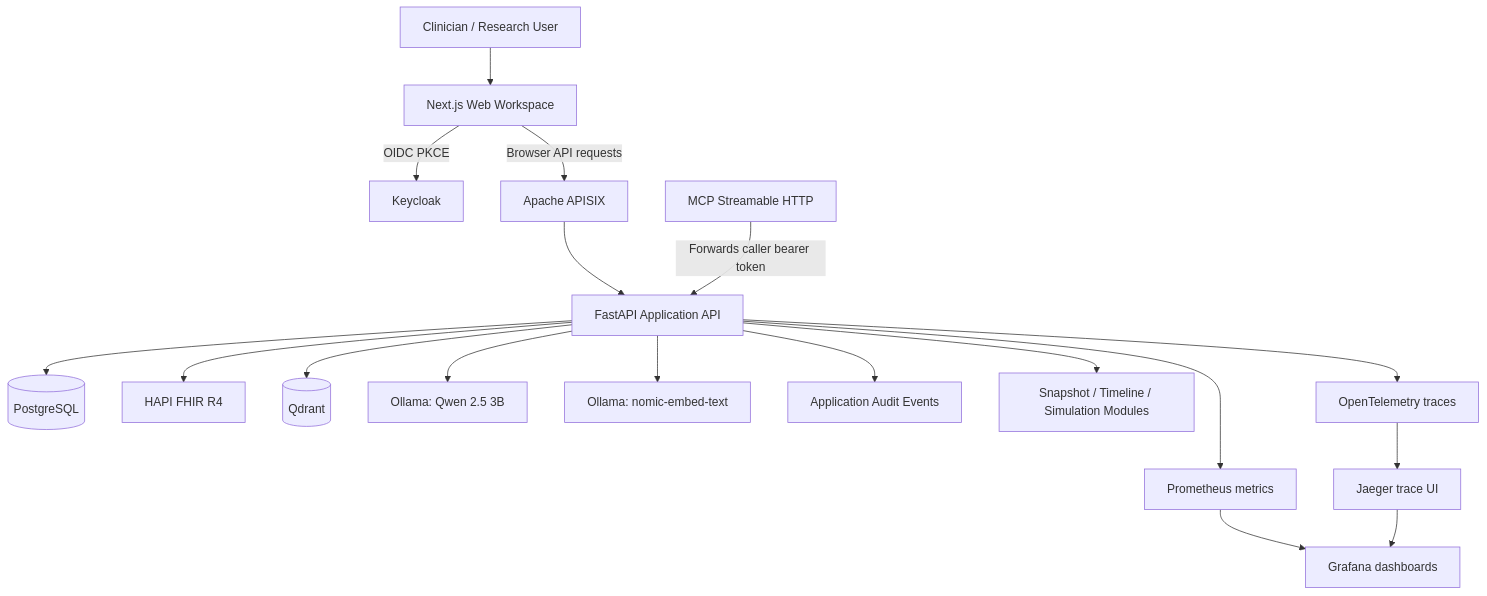
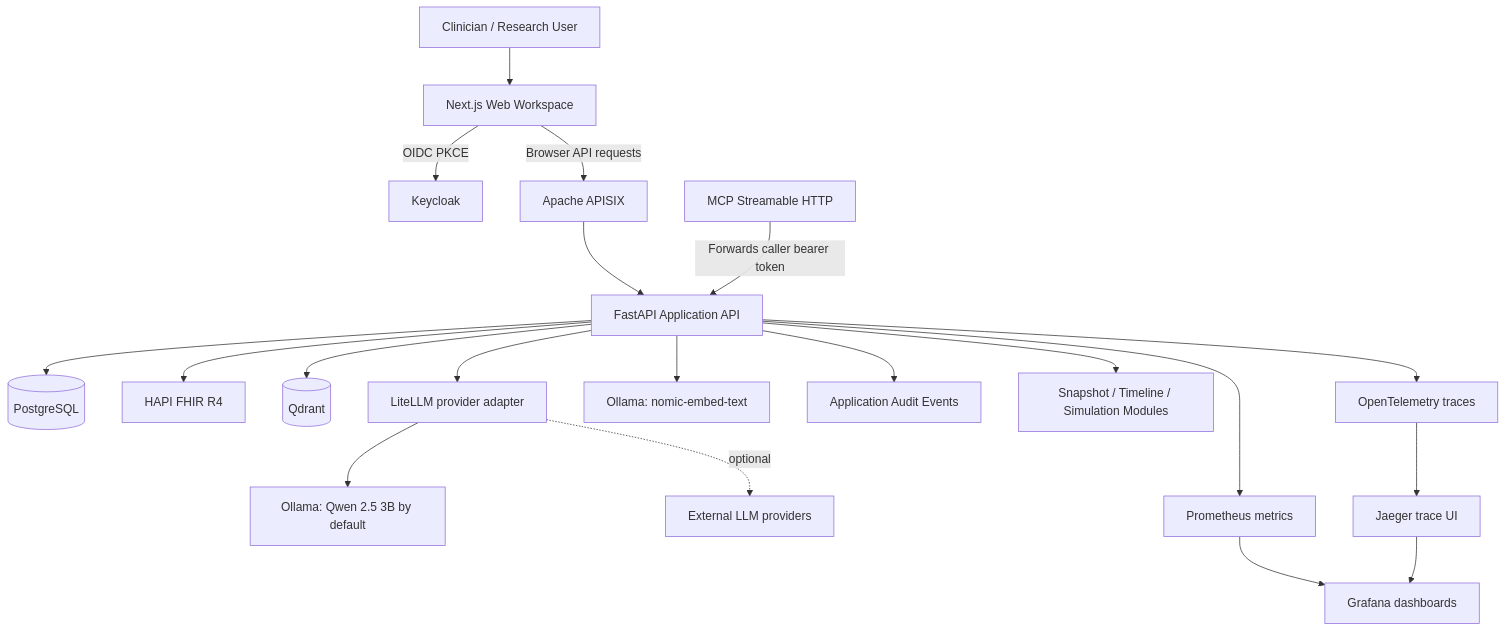
The first of 2 diagrams in README.md (roime81/twinfixeno), drawn with Mermaid before and after one commit. The commit also changed other lines of this file, not shown here.

Commit message:
Update README architecture and provider documentation

````diff
--- a/README.md
+++ b/README.md
@@ -138,20 +138,22 @@
 ```mermaid
 flowchart TB
     U[Clinician / Research User] --> WEB[Next.js Web Workspace]
     WEB -->|OIDC PKCE| IDP[Keycloak]
     WEB -->|Browser API requests| GW[Apache APISIX]
     GW --> API[FastAPI Application API]
     API --> PG[(PostgreSQL)]
     API --> FHIR[HAPI FHIR R4]
     API --> VDB[(Qdrant)]
-    API --> LLM[Ollama: Qwen 2.5 3B]
+    API --> LLM[LiteLLM provider adapter]
+    LLM --> LOCAL[Ollama: Qwen 2.5 3B by default]
+    LLM -. optional .-> EXT[External LLM providers]
     API --> EMB[Ollama: nomic-embed-text]
     MCP[MCP Streamable HTTP] -->|Forwards caller bearer token| API
     API --> AUDIT[Application Audit Events]
     API --> TWIN[Snapshot / Timeline / Simulation Modules]
     API --> OTEL[OpenTelemetry traces]
     API --> PROM[Prometheus metrics]
     OTEL --> JAEGER[Jaeger trace UI]
     PROM --> GRAFANA[Grafana dashboards]
     JAEGER --> GRAFANA
 ```
````
